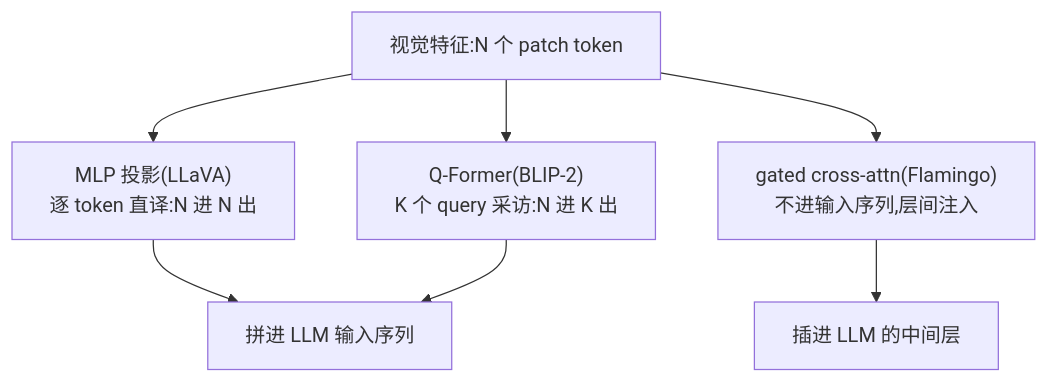
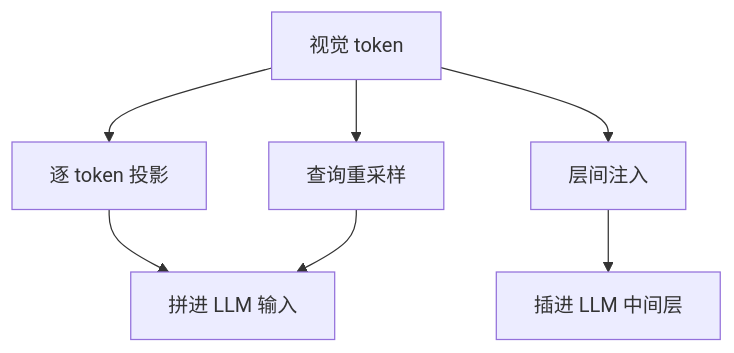
One commit to ChaoyuWang04/MockInterview changed the diagram in knowledge/05-多模态/01-视觉理解/VLM结构.md. Above: the diagram before and after it, drawn with Mermaid. The commit also changed other lines of this file and 5 other files, not shown here.

````diff
--- a/knowledge/05-多模态/01-视觉理解/VLM结构.md
+++ b/knowledge/05-多模态/01-视觉理解/VLM结构.md
@@ -46,10 +11,10 @@
 ```mermaid
-flowchart TB
-    V["视觉特征:N 个 patch token"]
-    V --> M["MLP 投影(LLaVA)<br/>逐 token 直译:N 进 N 出"]
-    V --> Q["Q-Former(BLIP-2)<br/>K 个 query 采访:N 进 K 出"]
-    V --> X["gated cross-attn(Flamingo)<br/>不进输入序列,层间注入"]
-    M --> S["拼进 LLM 输入序列"]
-    Q --> S
-    X --> L["插进 LLM 的中间层"]
+flowchart TD
+    V["视觉 token"]
+    V --> A["逐 token 投影"]
+    V --> B["查询重采样"]
+    V --> C["层间注入"]
+    A --> S["拼进 LLM 输入"]
+    B --> S
+    C --> L["插进 LLM 中间层"]
 ```
````
